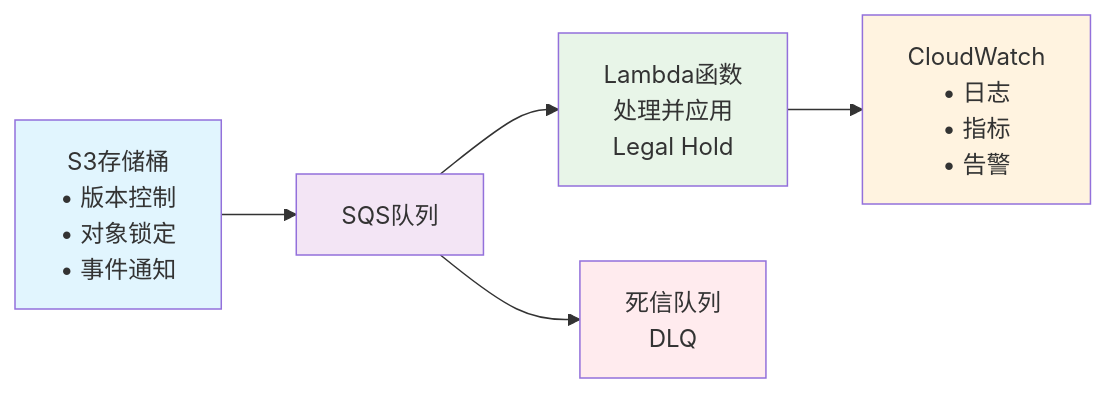
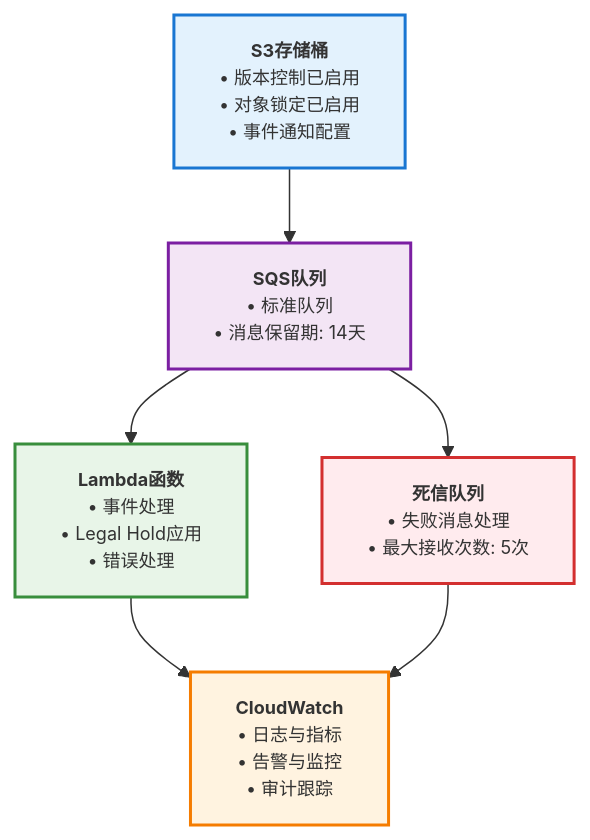
The third of 4 diagrams in README.md (ddpie/s3-prefix-protection), drawn with Mermaid before and after one commit. The commit also changed other lines of this file, not shown here.

First line of the commit message:
Enhance Mermaid diagrams for professional appearance

````diff
--- a/README.md
+++ b/README.md
@@ -247,13 +280,33 @@
 ```mermaid
-graph LR
-    A[S3存储桶<br/>• 版本控制<br/>• 对象锁定<br/>• 事件通知] --> B[SQS队列]
-    B --> C[Lambda函数<br/>处理并应用<br/>Legal Hold]
-    B --> D[死信队列<br/>DLQ]
-    C --> E[CloudWatch<br/>• 日志<br/>• 指标<br/>• 告警]
+flowchart TD
+    A["`**S3存储桶**
+    • 版本控制已启用
+    • 对象锁定已启用
+    • 事件通知配置`"] --> B["`**SQS队列**
+    • 标准队列
+    • 消息保留期: 14天`"]
     
-    style A fill:#e1f5fe
-    style B fill:#f3e5f5
-    style C fill:#e8f5e8
-    style D fill:#ffebee
-    style E fill:#fff3e0
+    B --> C["`**Lambda函数**
+    • 事件处理
+    • Legal Hold应用
+    • 错误处理`"]
+    
+    B --> D["`**死信队列**
+    • 失败消息处理
+    • 最大接收次数: 5次`"]
+    
+    C --> E["`**CloudWatch**
+    • 日志与指标
+    • 告警与监控
+    • 审计跟踪`"]
+    
+    D --> E
+    
+    style A fill:#e3f2fd,stroke:#1976d2,stroke-width:2px
+    style B fill:#f3e5f5,stroke:#7b1fa2,stroke-width:2px
+    style C fill:#e8f5e8,stroke:#388e3c,stroke-width:2px
+    style D fill:#ffebee,stroke:#d32f2f,stroke-width:2px
+    style E fill:#fff3e0,stroke:#f57c00,stroke-width:2px
+    
+    classDef default font-size:12px
 ```
````
